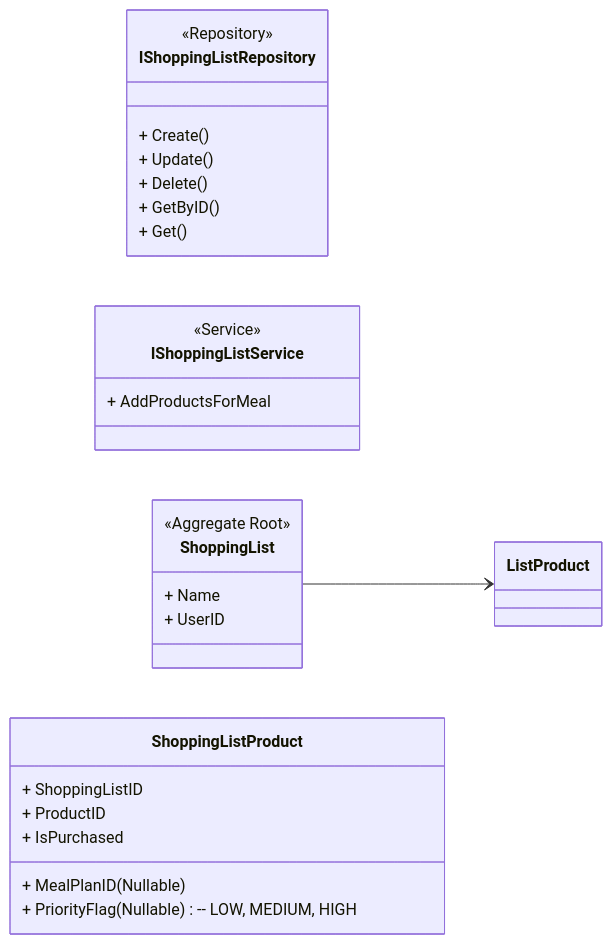
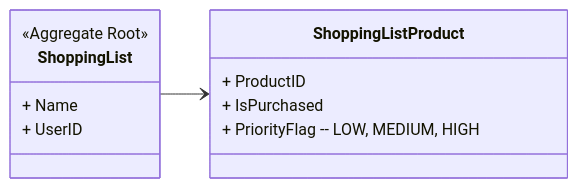
Before and after one commit to JoachimTislov/foodsavr: the sixth of 6 diagrams in docs/plan/relations.md, drawn with Mermaid. The commit also changed other lines of this file and 4 other files, not shown here.

Commit message:
docs: align project documentation with current firebase-based architecture

````diff
--- a/docs/plan/relations.md
+++ b/docs/plan/relations.md
@@ -344,33 +226,18 @@
 ```mermaid
 classDiagram
     direction LR
-    class IShoppingListRepository {
-        <<Repository>>
-        + Create()
-        + Update()
-        + Delete()
-        + GetByID()
-        + Get()
-    }
-
-    class IShoppingListService {
-        <<Service>>
-        + AddProductsForMeal
-    }
 
     class ShoppingList {
         <<Aggregate Root>>
         + Name
         + UserID
     }
 
     class ShoppingListProduct {
-        + ShoppingListID
         + ProductID
         + IsPurchased
-        + MealPlanID (Nullable)
-        + PriorityFlag (Nullable) -- LOW, MEDIUM, HIGH
+        + PriorityFlag -- LOW, MEDIUM, HIGH
     }
 
-    ShoppingList --> ListProduct
+    ShoppingList --> ShoppingListProduct
 ```
````
